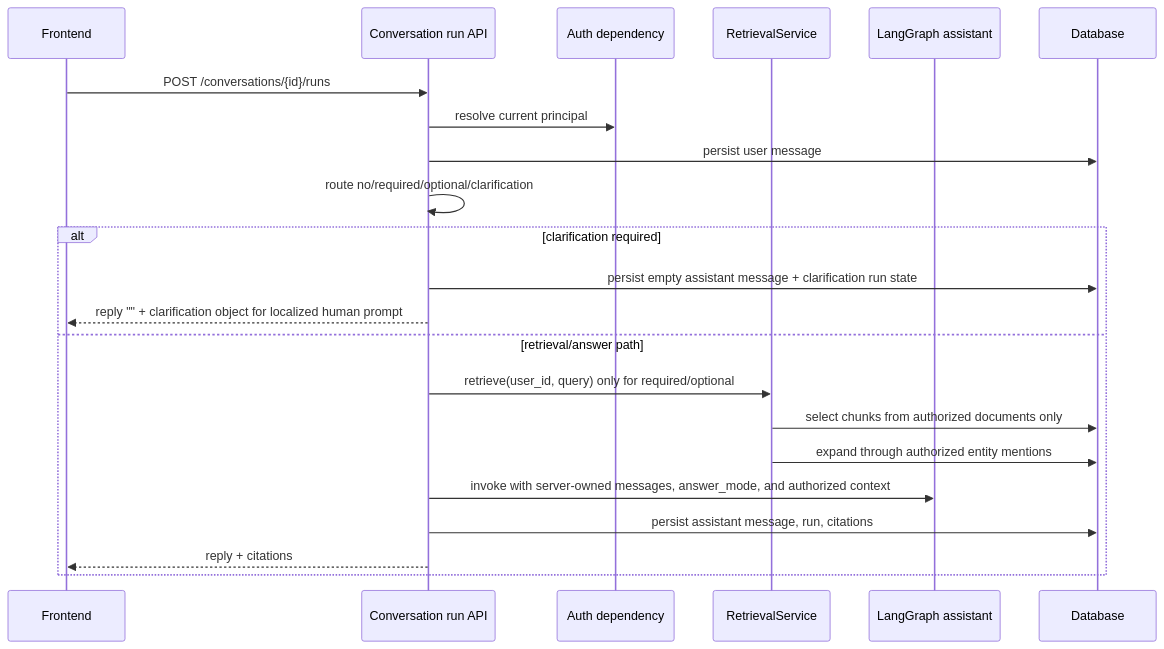
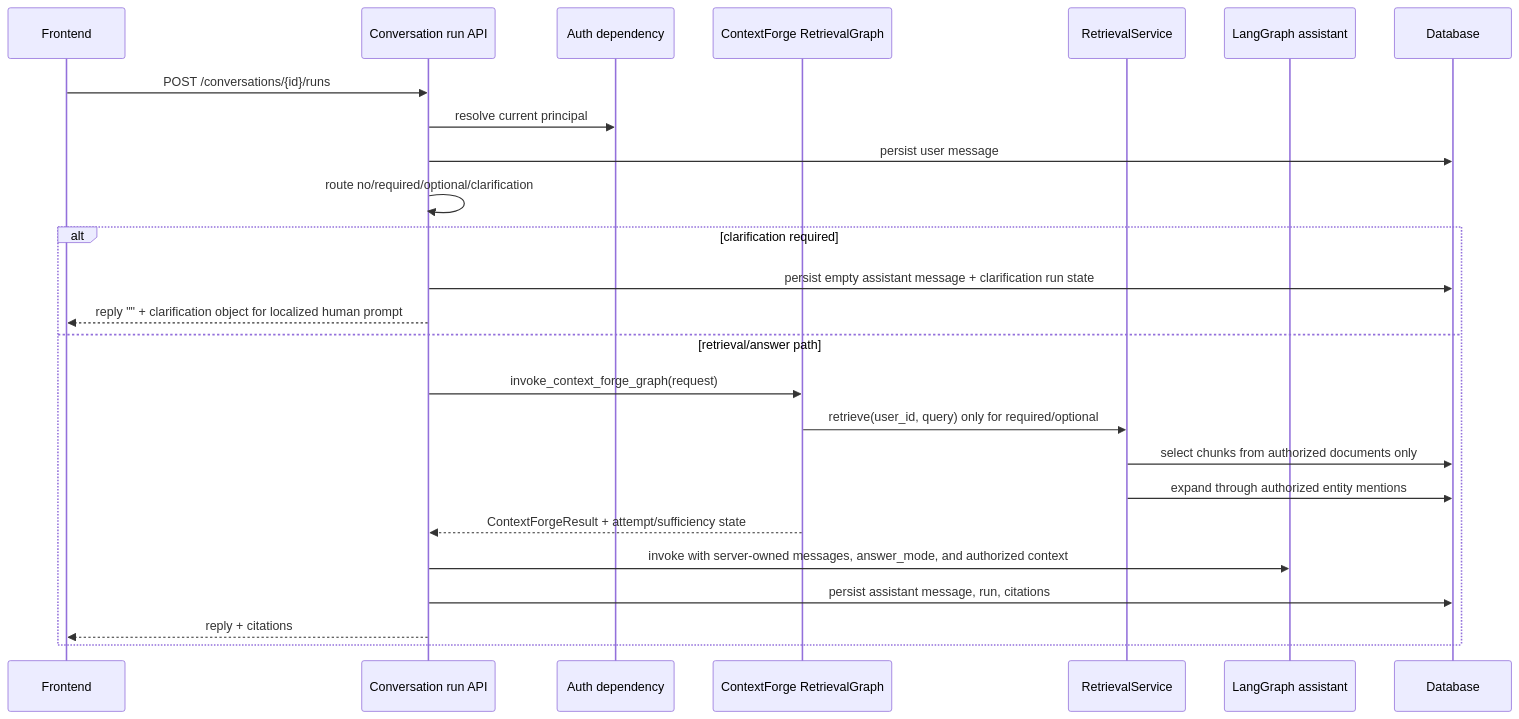
One commit to heecheon92/my-agents changed the first of 3 diagrams in docs/product-chat-service/en/06-permission-aware-rag.md. Above: the diagram before and after it, drawn with Mermaid. The commit also changed other lines of this file and 30 other files, not shown here.

First line of the commit message:
Preserve graph memory audit boundaries

````diff
--- a/docs/product-chat-service/en/06-permission-aware-rag.md
+++ b/docs/product-chat-service/en/06-permission-aware-rag.md
@@ -45,25 +48,28 @@
 ```mermaid
 sequenceDiagram
     participant UI as Frontend
     participant API as Conversation run API
     participant Auth as Auth dependency
+    participant CG as ContextForge RetrievalGraph
     participant R as RetrievalService
     participant G as LangGraph assistant
     participant DB as Database
 
     UI->>API: POST /conversations/{id}/runs
     API->>Auth: resolve current principal
     API->>DB: persist user message
     API->>API: route no/required/optional/clarification
     alt clarification required
         API->>DB: persist empty assistant message + clarification run state
         API-->>UI: reply "" + clarification object for localized human prompt
     else retrieval/answer path
-        API->>R: retrieve(user_id, query) only for required/optional
+        API->>CG: invoke_context_forge_graph(request)
+        CG->>R: retrieve(user_id, query) only for required/optional
         R->>DB: select chunks from authorized documents only
         R->>DB: expand through authorized entity mentions
+        CG-->>API: ContextForgeResult + attempt/sufficiency state
         API->>G: invoke with server-owned messages, answer_mode, and authorized context
         API->>DB: persist assistant message, run, citations
         API-->>UI: reply + citations
     end
 ```
````
